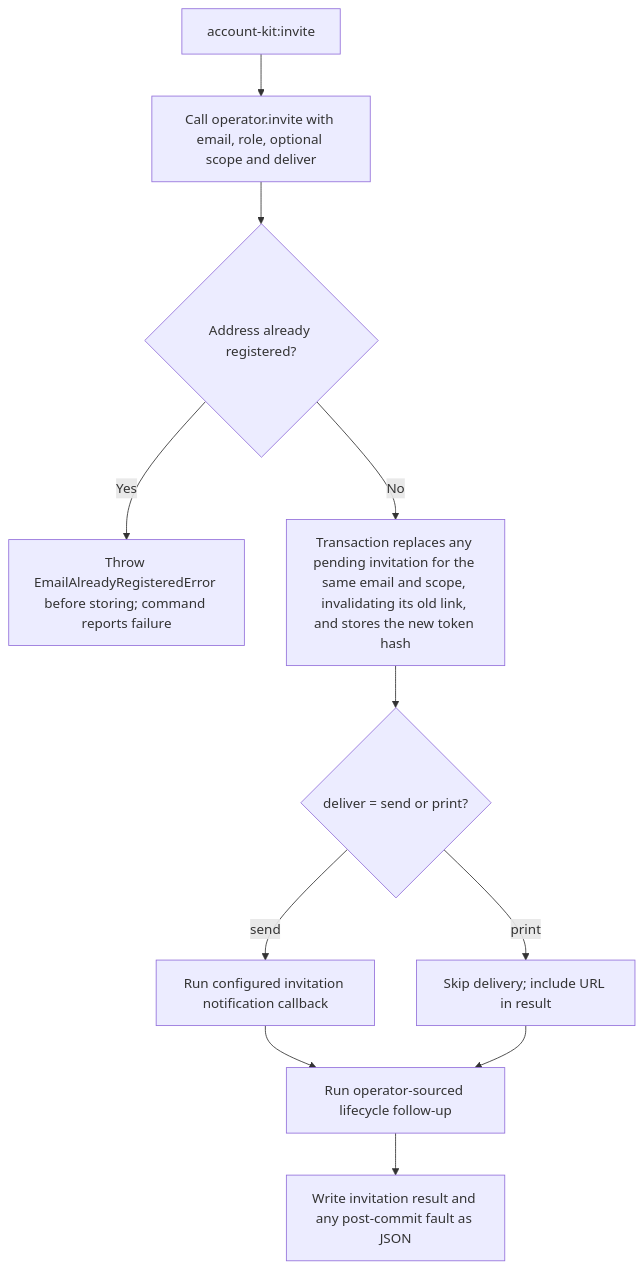
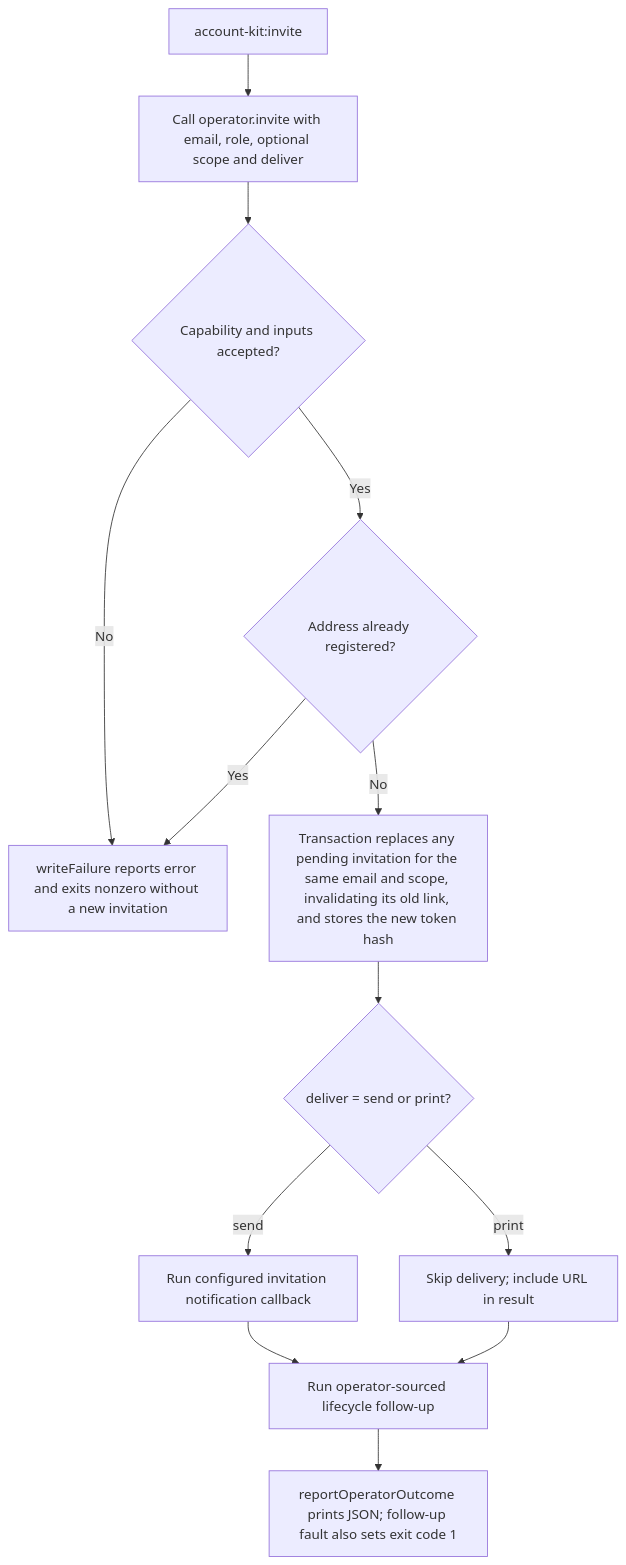
Before and after one commit to Kevinjohn/oss-adonisjs-account-kit: the second of 2 diagrams in user-stories/US-ACCOUNT-36-use-operator-account-commands.md, drawn with Mermaid. The commit also changed other lines of this file and 70 other files, not shown here.

````diff
--- a/user-stories/US-ACCOUNT-36-use-operator-account-commands.md
+++ b/user-stories/US-ACCOUNT-36-use-operator-account-commands.md
@@ -36,13 +36,15 @@
 ```mermaid
 flowchart TD
  A["account-kit:invite"] --> B["Call operator.invite with email, role, optional scope and deliver"]
- B --> B1{"Address already registered?"}
- B1 -->|Yes| B2["Throw EmailAlreadyRegisteredError before storing; command reports failure"]
+ B --> I{"Capability and inputs accepted?"}
+ I -->|No| B2
+ I -->|Yes| B1{"Address already registered?"}
+ B1 -->|Yes| B2["writeFailure reports error and exits nonzero without a new invitation"]
  B1 -->|No| C["Transaction replaces any pending invitation for the same email and scope, invalidating its old link, and stores the new token hash"]
  C --> D{"deliver = send or print?"}
  D -->|send| E["Run configured invitation notification callback"]
  D -->|print| F["Skip delivery; include URL in result"]
  E --> H["Run operator-sourced lifecycle follow-up"]
  F --> H
- H --> G["Write invitation result and any post-commit fault as JSON"]
+ H --> G["reportOperatorOutcome prints JSON; follow-up fault also sets exit code 1"]
 ```
````
